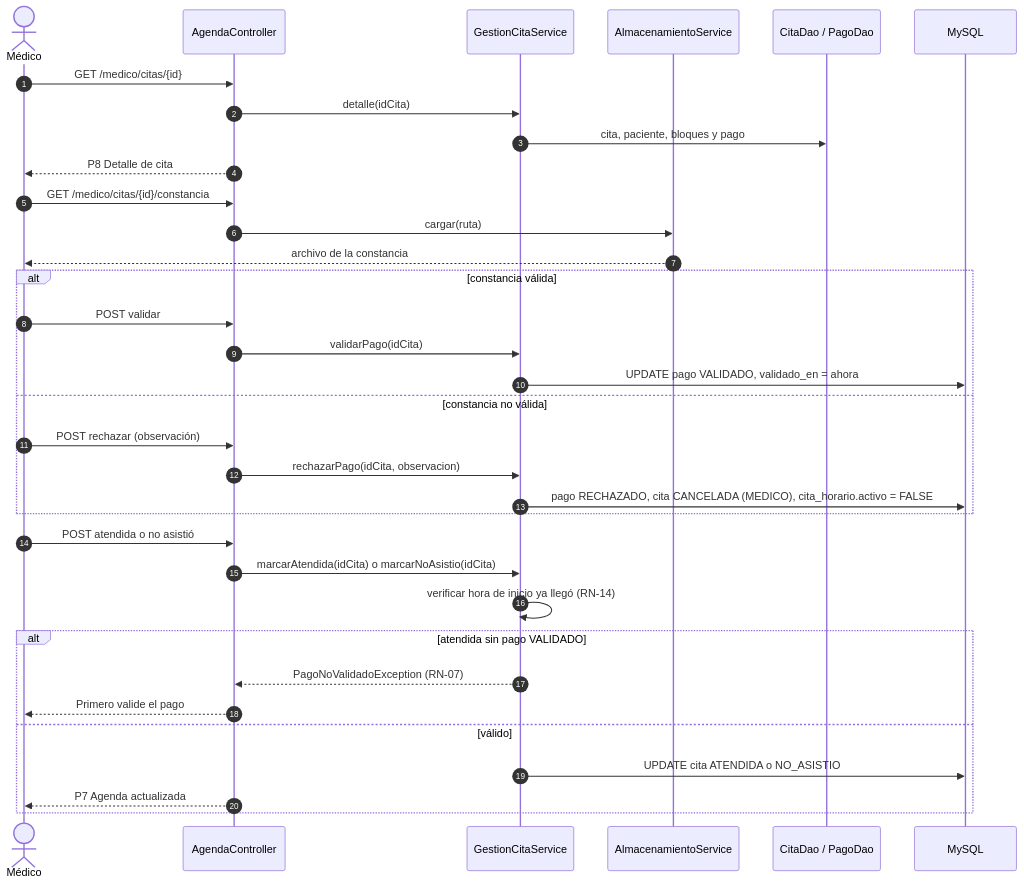
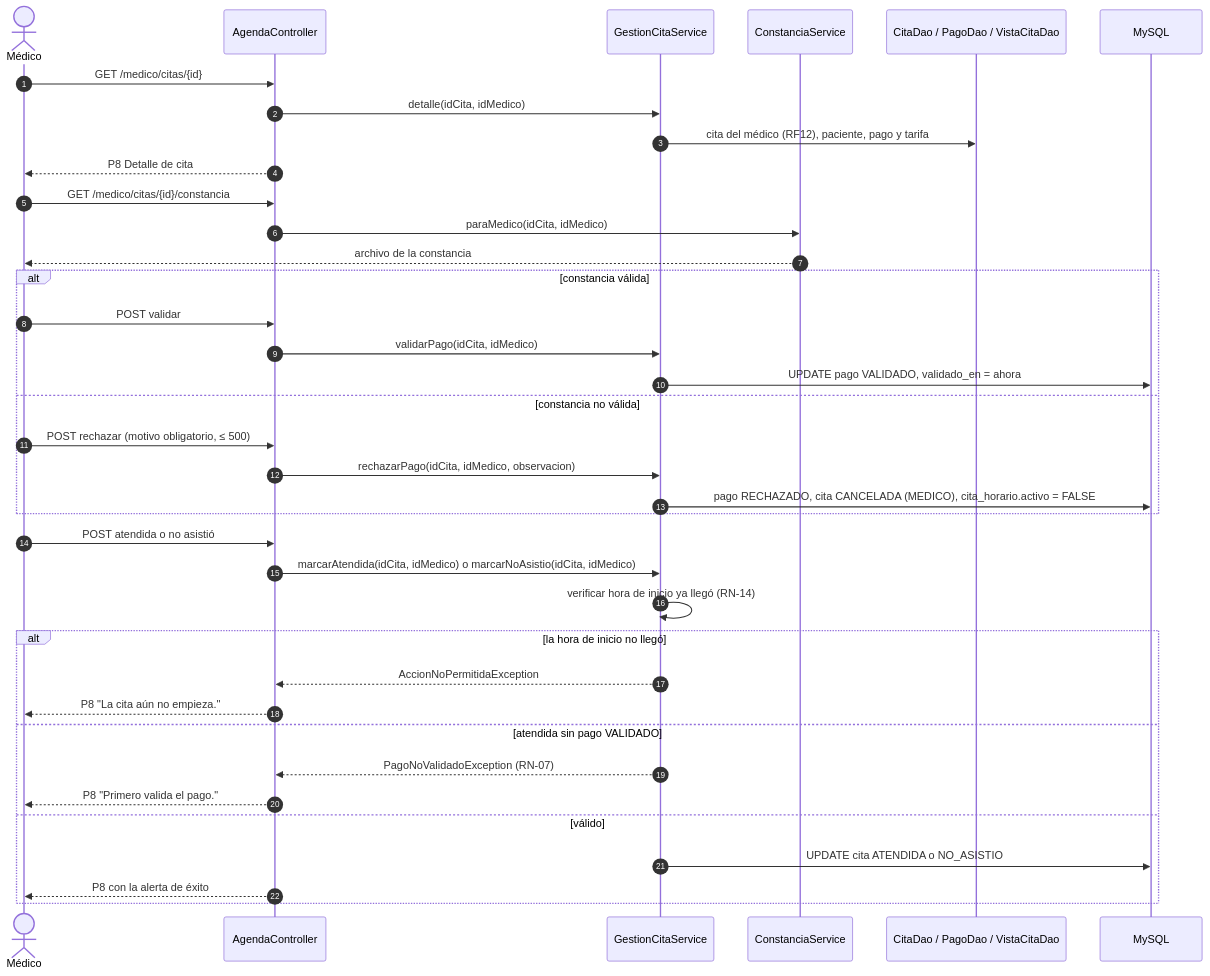
One commit to manuelguarniz/medifast changed the fifth of 5 diagrams in docs/diagramas/tecnicos.md. Above: the diagram before and after it, drawn with Mermaid. The commit also changed other lines of this file and 37 other files, not shown here.

````diff
--- a/docs/diagramas/tecnicos.md
+++ b/docs/diagramas/tecnicos.md
@@ -489,39 +503,42 @@
 ```mermaid
 sequenceDiagram
     autonumber
     actor Med as Médico
     participant C as AgendaController
     participant G as GestionCitaService
-    participant A as AlmacenamientoService
-    participant D as CitaDao / PagoDao
+    participant K as ConstanciaService
+    participant D as CitaDao / PagoDao / VistaCitaDao
     participant DB as MySQL
 
     Med->>C: GET /medico/citas/{id}
-    C->>G: detalle(idCita)
-    G->>D: cita, paciente, bloques y pago
+    C->>G: detalle(idCita, idMedico)
+    G->>D: cita del médico (RF12), paciente, pago y tarifa
     C-->>Med: P8 Detalle de cita
     Med->>C: GET /medico/citas/{id}/constancia
-    C->>A: cargar(ruta)
-    A-->>Med: archivo de la constancia
+    C->>K: paraMedico(idCita, idMedico)
+    K-->>Med: archivo de la constancia
 
     alt constancia válida
         Med->>C: POST validar
-        C->>G: validarPago(idCita)
+        C->>G: validarPago(idCita, idMedico)
         G->>DB: UPDATE pago VALIDADO, validado_en = ahora
     else constancia no válida
-        Med->>C: POST rechazar (observación)
-        C->>G: rechazarPago(idCita, observacion)
+        Med->>C: POST rechazar (motivo obligatorio, ≤ 500)
+        C->>G: rechazarPago(idCita, idMedico, observacion)
         G->>DB: pago RECHAZADO, cita CANCELADA (MEDICO), cita_horario.activo = FALSE
     end
 
     Med->>C: POST atendida o no asistió
-    C->>G: marcarAtendida(idCita) o marcarNoAsistio(idCita)
+    C->>G: marcarAtendida(idCita, idMedico) o marcarNoAsistio(idCita, idMedico)
     G->>G: verificar hora de inicio ya llegó (RN-14)
-    alt atendida sin pago VALIDADO
+    alt la hora de inicio no llegó
+        G-->>C: AccionNoPermitidaException
+        C-->>Med: P8 "La cita aún no empieza."
+    else atendida sin pago VALIDADO
         G-->>C: PagoNoValidadoException (RN-07)
-        C-->>Med: Primero valide el pago
+        C-->>Med: P8 "Primero valida el pago."
     else válido
         G->>DB: UPDATE cita ATENDIDA o NO_ASISTIO
-        C-->>Med: P7 Agenda actualizada
+        C-->>Med: P8 con la alerta de éxito
     end
 ```
````
